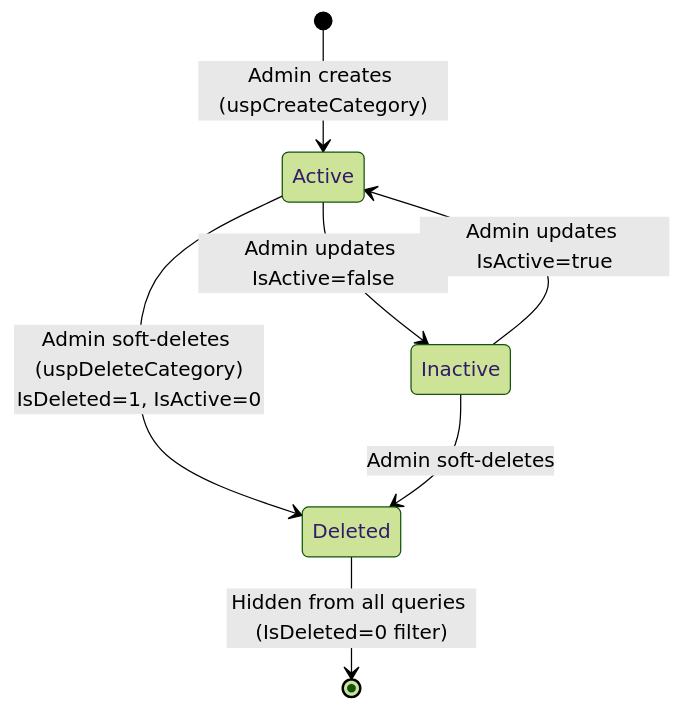
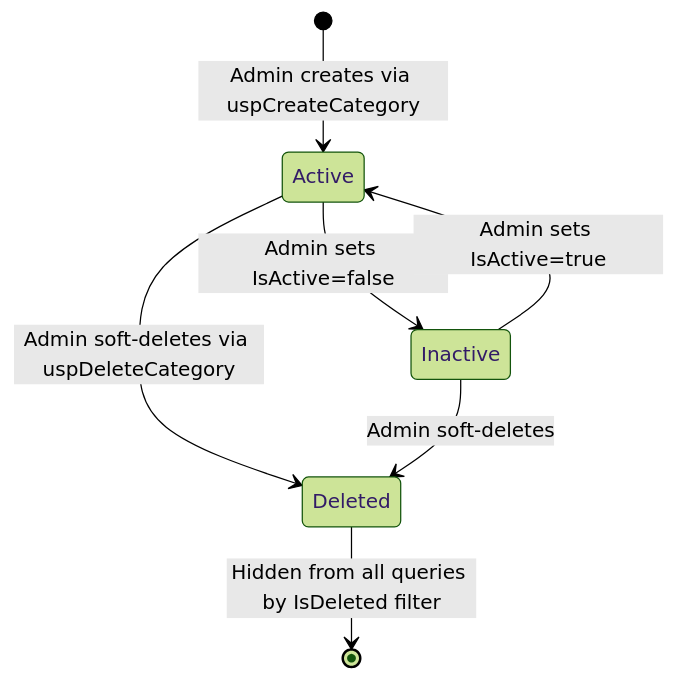
One commit to Dharunkumar-S/BudgetTrack changed diagram 11 of 11 in Documentation/Category.md. Above: the diagram before and after it, drawn with Mermaid (forest theme). The commit also changed other lines of this file and 2 other files, not shown here.

````diff
--- a/Documentation/Category.md
+++ b/Documentation/Category.md
@@ -877,9 +877,9 @@
 ```mermaid
 stateDiagram-v2
-    [*] --> Active : Admin creates (uspCreateCategory)
-    Active --> Inactive : Admin updates IsActive=false
-    Inactive --> Active : Admin updates IsActive=true
-    Active --> Deleted : Admin soft-deletes (uspDeleteCategory)<br/>IsDeleted=1, IsActive=0
+    [*] --> Active : Admin creates via uspCreateCategory
+    Active --> Inactive : Admin sets IsActive=false
+    Inactive --> Active : Admin sets IsActive=true
+    Active --> Deleted : Admin soft-deletes via uspDeleteCategory
     Inactive --> Deleted : Admin soft-deletes
-    Deleted --> [*] : Hidden from all queries (IsDeleted=0 filter)
+    Deleted --> [*] : Hidden from all queries by IsDeleted filter
 ```
````
